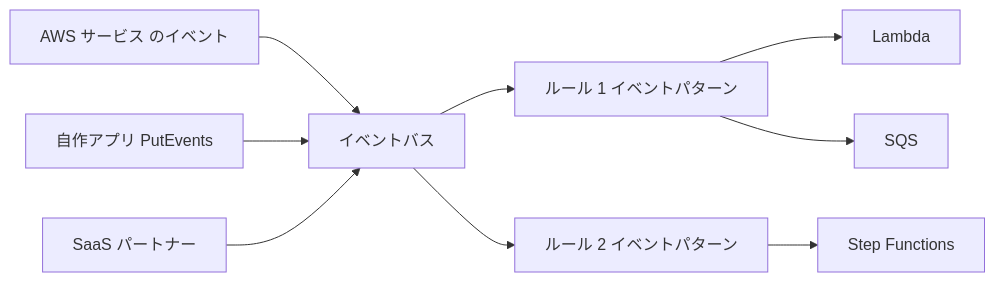
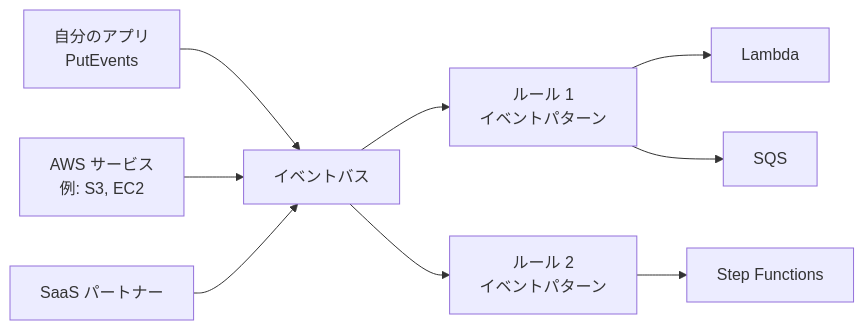
One commit to myoshi2891/Cloud-Infrastructure-and-Network-Studies changed diagram 15 of 31 in Dva-c02-domain1-development-with-aws-services-guide.md. Above: the diagram before and after it, drawn with Mermaid. The commit also changed other lines of this file, not shown here.

Commit message:
docs(aws): update DVA-C02 Domain 1 guide with comprehensive official references and study tips

````diff
--- a/Dva-c02-domain1-development-with-aws-services-guide.md
+++ b/Dva-c02-domain1-development-with-aws-services-guide.md
@@ -1013,11 +1131,11 @@
 ```mermaid
 flowchart LR
-    S1["AWS サービス のイベント"] --> BUS["イベントバス"]
-    S2["自作アプリ PutEvents"] --> BUS
-    S3["SaaS パートナー"] --> BUS
-    BUS --> R1["ルール 1 イベントパターン"]
-    BUS --> R2["ルール 2 イベントパターン"]
+    SRC1["自分のアプリ<br/>PutEvents"] --> BUS["イベントバス"]
+    SRC2["AWS サービス<br/>例: S3, EC2"] --> BUS
+    SRC3["SaaS パートナー"] --> BUS
+    BUS --> R1["ルール 1<br/>イベントパターン"]
+    BUS --> R2["ルール 2<br/>イベントパターン"]
     R1 --> T1["Lambda"]
     R1 --> T2["SQS"]
     R2 --> T3["Step Functions"]
 ```
````
